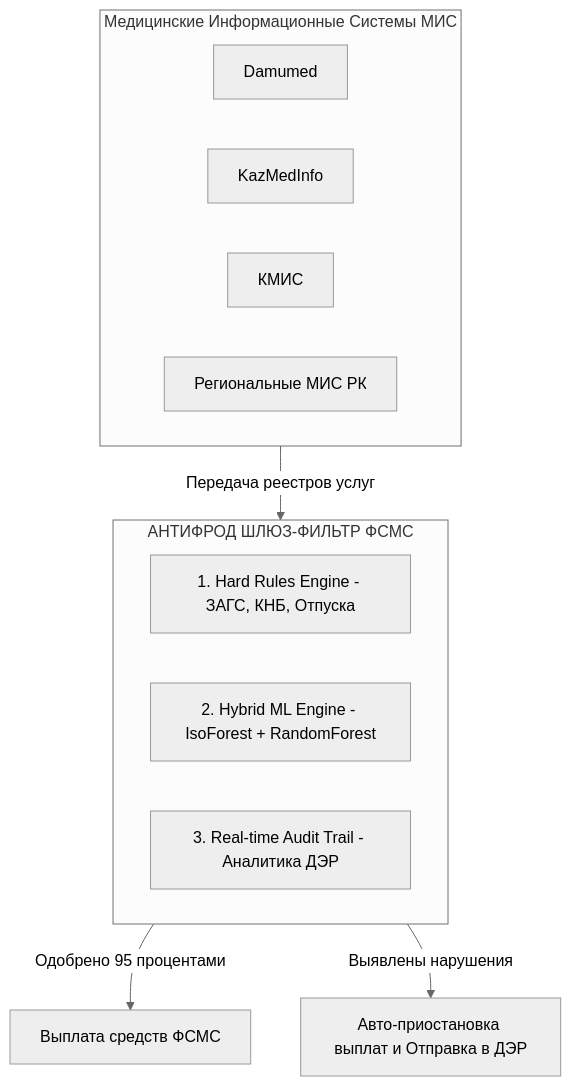
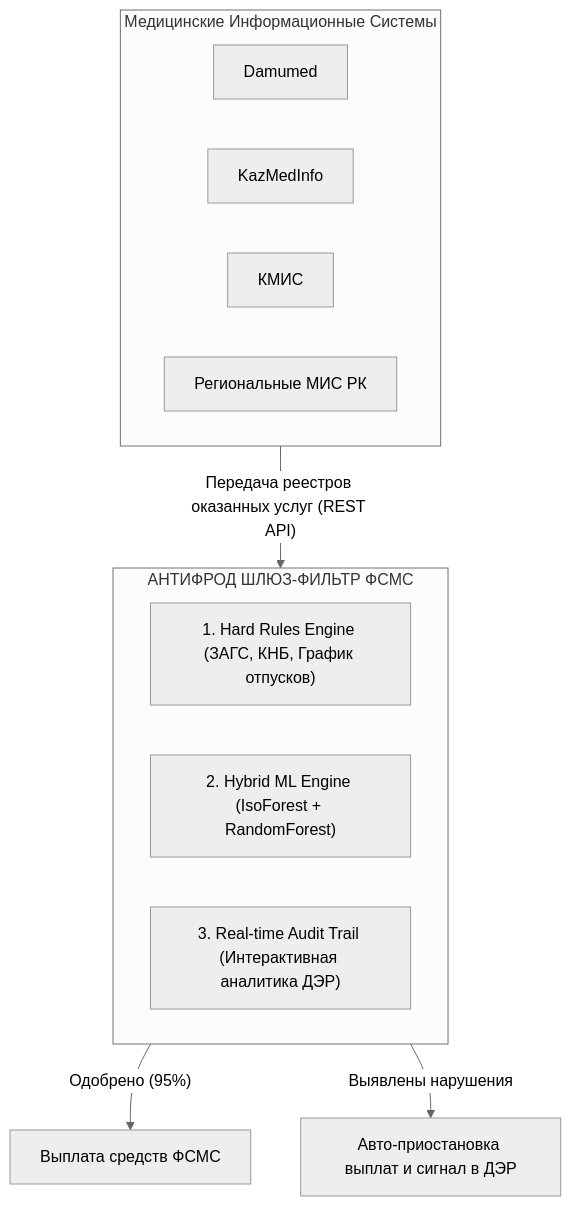
One commit to Garryflop/AntiFraud changed the diagram in README.md. Above: the diagram before and after it, drawn with Mermaid (neutral theme).

Commit message:
fix: simplify mermaid syntax for GitHub rendering

````diff
--- a/README.md
+++ b/README.md
@@ -11,20 +11,20 @@
 ```mermaid
 flowchart TD
-    subgraph MIS ["Медицинские Информационные Системы МИС"]
+    subgraph MIS [Медицинские Информационные Системы]
         MIS1["Damumed"]
         MIS2["KazMedInfo"]
         MIS3["КМИС"]
         MIS4["Региональные МИС РК"]
     end
 
-    subgraph GATEWAY ["АНТИФРОД ШЛЮЗ-ФИЛЬТР ФСМС"]
-        E1["1. Hard Rules Engine - ЗАГС, КНБ, Отпуска"]
-        E2["2. Hybrid ML Engine - IsoForest + RandomForest"]
-        E3["3. Real-time Audit Trail - Аналитика ДЭР"]
+    subgraph GATEWAY [АНТИФРОД ШЛЮЗ-ФИЛЬТР ФСМС]
+        E1["1. Hard Rules Engine (ЗАГС, КНБ, График отпусков)"]
+        E2["2. Hybrid ML Engine (IsoForest + RandomForest)"]
+        E3["3. Real-time Audit Trail (Интерактивная аналитика ДЭР)"]
     end
 
-    MIS -->|"Передача реестров услуг"| GATEWAY
+    MIS -->|"Передача реестров оказанных услуг (REST API)"| GATEWAY
 
-    GATEWAY -->|"Одобрено 95 процентами"| OK["Выплата средств ФСМС"]
-    GATEWAY -->|"Выявлены нарушения"| BLOCK["Авто-приостановка выплат и Отправка в ДЭР"]
+    GATEWAY -->|"Одобрено (95%)"| OK["Выплата средств ФСМС"]
+    GATEWAY -->|"Выявлены нарушения"| BLOCK["Авто-приостановка выплат и сигнал в ДЭР"]
 ```
````
